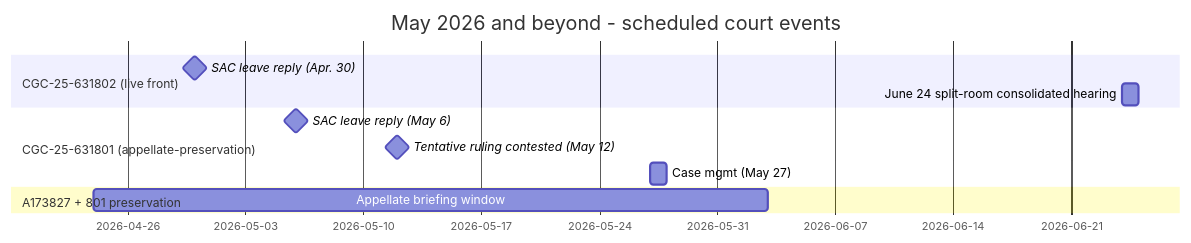
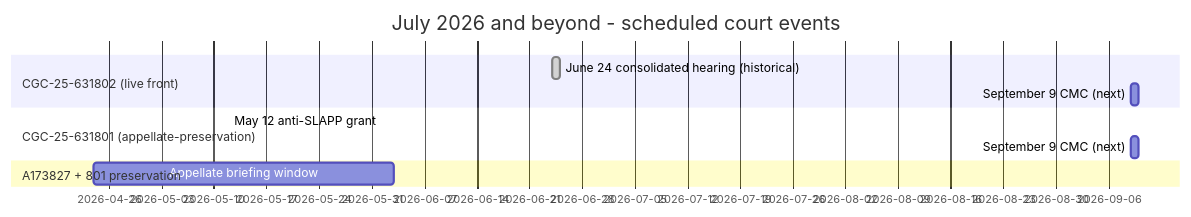
Before and after one commit to Municipal-Public-Trust-in-A-i/CSAA-ABDELHALIM-WONG-PSA-CSK: the first of 3 diagrams in README.md, drawn with Mermaid. The commit also changed other lines of this file and 43 other files, not shown here.

Commit message:
July 2026 posture refresh: docket-state, June 15-16 hubs, CMC Sep 9

````diff
--- a/README.md
+++ b/README.md
@@ -293,14 +300,13 @@
 ```mermaid
 gantt
-    title May 2026 and beyond - scheduled court events
+    title July 2026 and beyond - scheduled court events
     dateFormat YYYY-MM-DD
     section CGC-25-631802 (live front)
-    SAC leave reply (Apr. 30)        :milestone, m802a, 2026-04-30, 0d
-    June 24 split-room consolidated hearing   :m802b, 2026-06-24, 1d
+    June 24 consolidated hearing (historical) :done, m802b, 2026-06-24, 1d
+    September 9 CMC (next)           :m802c, 2026-09-09, 1d
     section CGC-25-631801 (appellate-preservation)
-    SAC leave reply (May 6)          :milestone, m801a, 2026-05-06, 0d
-    Tentative ruling contested (May 12) :milestone, m801x, 2026-05-12, 0d
-    Case mgmt (May 27)               :m801b, 2026-05-27, 1d
+    May 12 anti-SLAPP grant          :done, m801x, 2026-05-12, 0d
+    September 9 CMC (next)           :m801c, 2026-09-09, 1d
     section A173827 + 801 preservation
     Appellate briefing window        :a173, 2026-04-24, 40d
 ```
````
